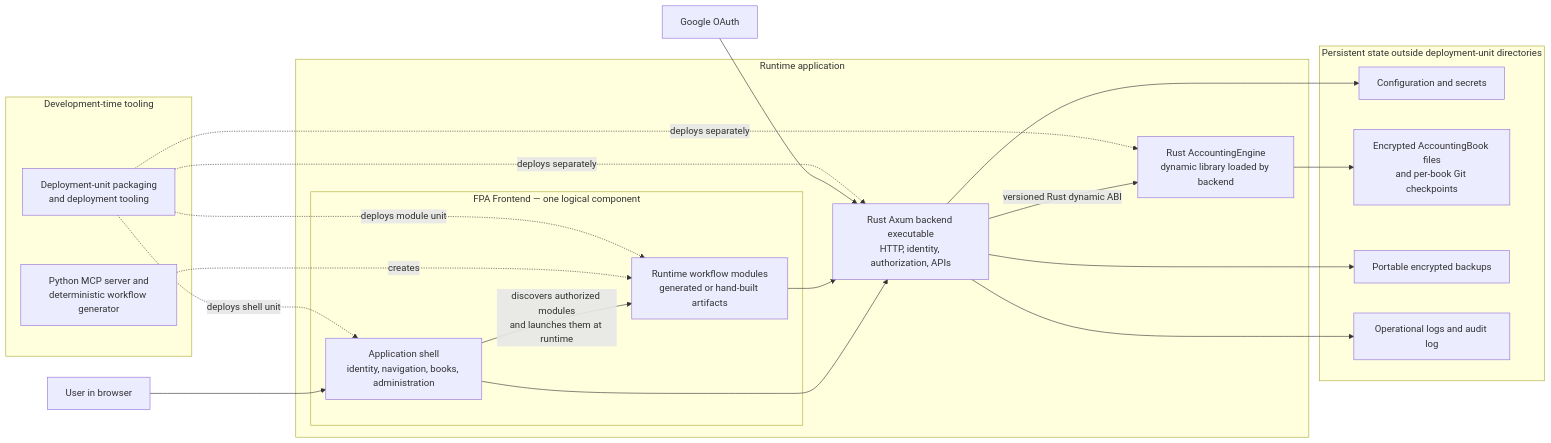
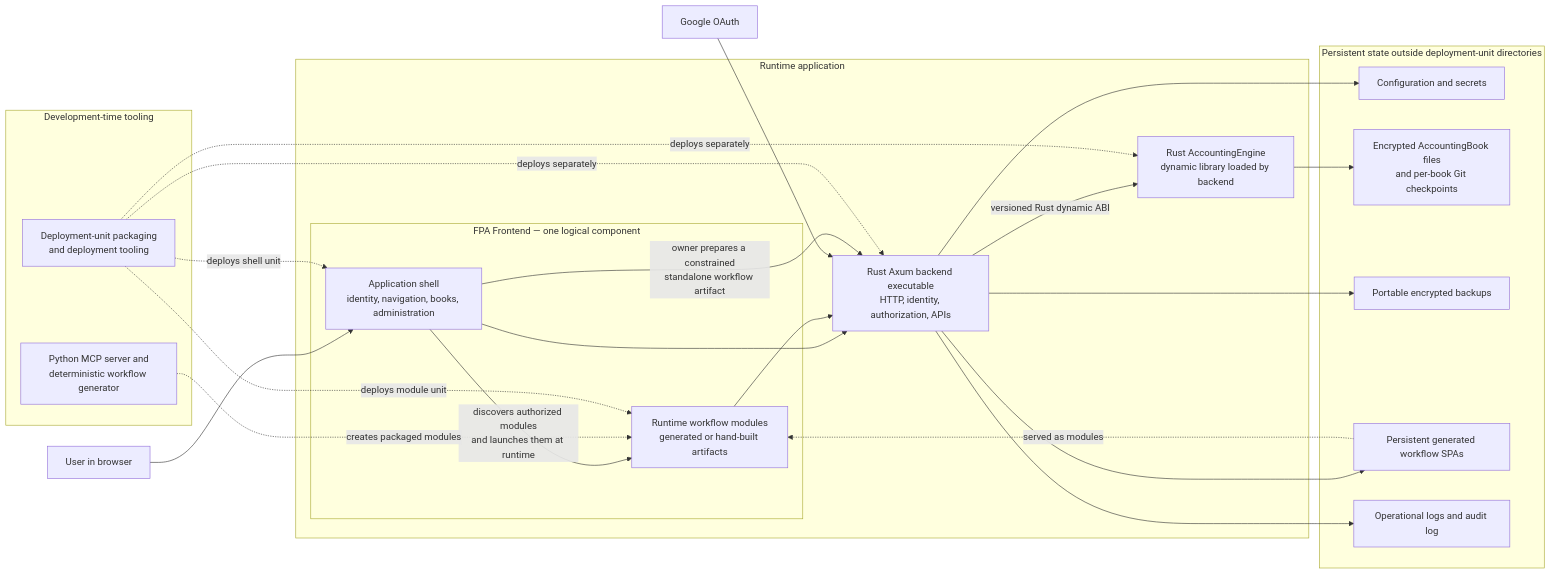
The diagram in docs/FPA-Architecture-Diagram.md (Straightly/FirstPrinciplesAccounting), drawn with Mermaid before and after one commit. The commit also changed other lines of this file and 31 other files, not shown here.

````diff
--- a/docs/FPA-Architecture-Diagram.md
+++ b/docs/FPA-Architecture-Diagram.md
@@ -5,42 +5,46 @@
 ```mermaid
 flowchart LR
     User[User in browser]
     Google[Google OAuth]
 
     subgraph Deployable[Runtime application]
         subgraph Frontend[FPA Frontend — one logical component]
             Shell[Application shell<br/>identity, navigation, books, administration]
             Workflow[Runtime workflow modules<br/>generated or hand-built artifacts]
             Shell -->|discovers authorized modules<br/>and launches them at runtime| Workflow
         end
         Backend[Rust Axum backend executable<br/>HTTP, identity, authorization, APIs]
         Engine[Rust AccountingEngine<br/>dynamic library loaded by backend]
     end
 
     subgraph External[Persistent state outside deployment-unit directories]
         Config[Configuration and secrets]
         Books[Encrypted AccountingBook files<br/>and per-book Git checkpoints]
         Backups[Portable encrypted backups]
+        Generated[Persistent generated workflow SPAs]
         Logs[Operational logs and audit log]
     end
 
     subgraph Development[Development-time tooling]
         MCP[Python MCP server and<br/>deterministic workflow generator]
         Packager[Deployment-unit packaging<br/>and deployment tooling]
     end
 
     User --> Shell
     Shell --> Backend
     Workflow --> Backend
     Google --> Backend
     Backend -->|versioned Rust dynamic ABI| Engine
     Backend --> Config
     Engine --> Books
     Backend --> Backups
+    Backend --> Generated
     Backend --> Logs
-    MCP -. creates .-> Workflow
+    MCP -. creates packaged modules .-> Workflow
+    Shell -->|owner prepares a constrained<br/>standalone workflow artifact| Backend
+    Generated -. served as modules .-> Workflow
     Packager -. deploys shell unit .-> Shell
     Packager -. deploys module unit .-> Workflow
     Packager -. deploys separately .-> Backend
     Packager -. deploys separately .-> Engine
 ```
````
